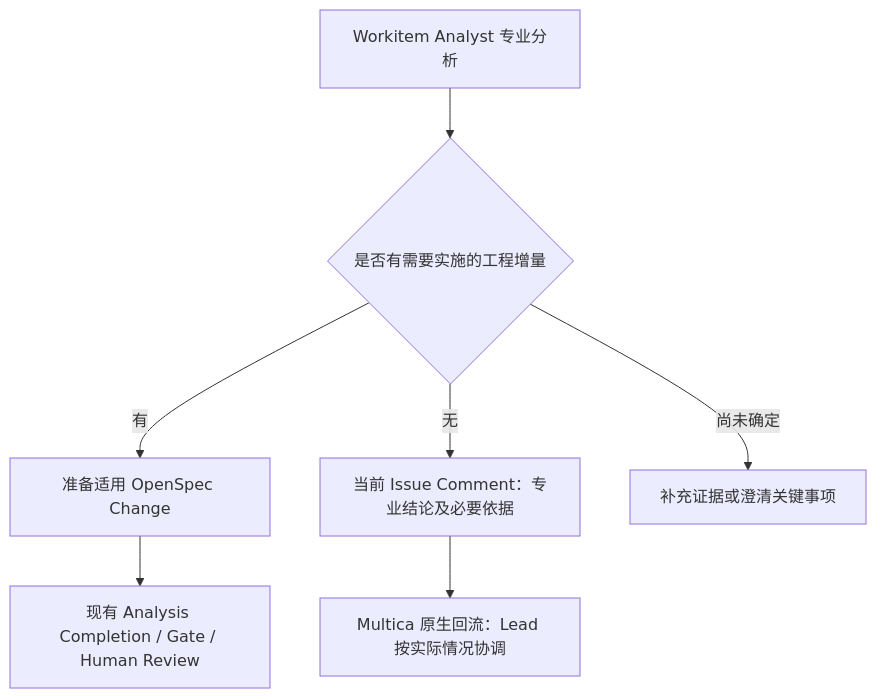
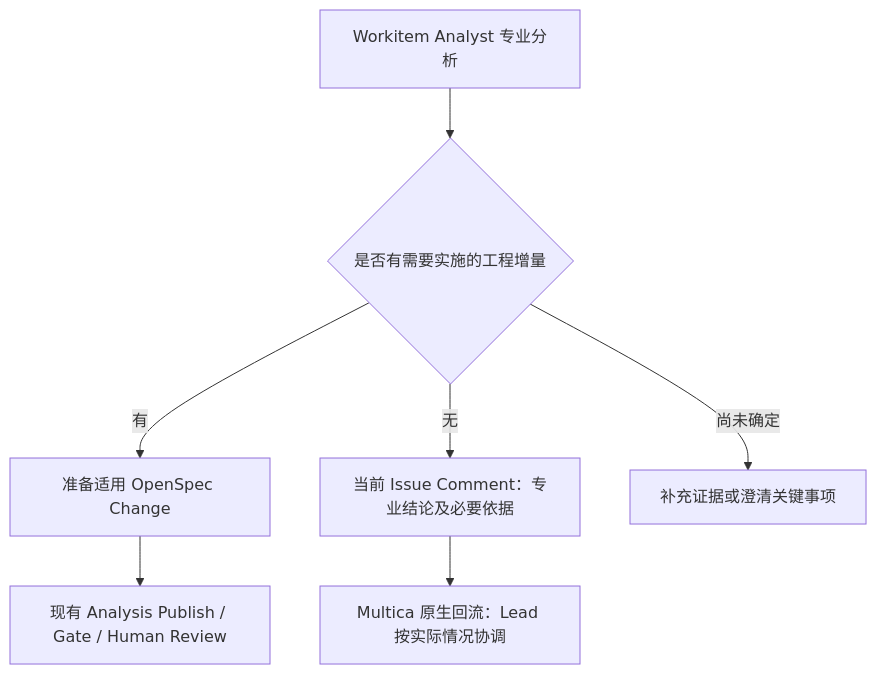
One commit to lilei921/winning-platform-rondo changed the diagram in 16-analysis-no-change-and-efficiency-optimization-plan.md. Above: the diagram before and after it, drawn with Mermaid. The commit also changed other lines of this file and 59 other files, not shown here.

Commit message:
refactor: rename analysis completion to analysis publish (#65)

````diff
--- a/16-analysis-no-change-and-efficiency-optimization-plan.md
+++ b/16-analysis-no-change-and-efficiency-optimization-plan.md
@@ -178,9 +178,9 @@
 ```mermaid
 flowchart TD
   A[Workitem Analyst 专业分析] --> B{是否有需要实施的工程增量}
   B -->|有| C[准备适用 OpenSpec Change]
-  C --> D[现有 Analysis Completion / Gate / Human Review]
+  C --> D[现有 Analysis Publish / Gate / Human Review]
   B -->|无| E[当前 Issue Comment：专业结论及必要依据]
   E --> F[Multica 原生回流：Lead 按实际情况协调]
   B -->|尚未确定| G[补充证据或澄清关键事项]
 ```
````
